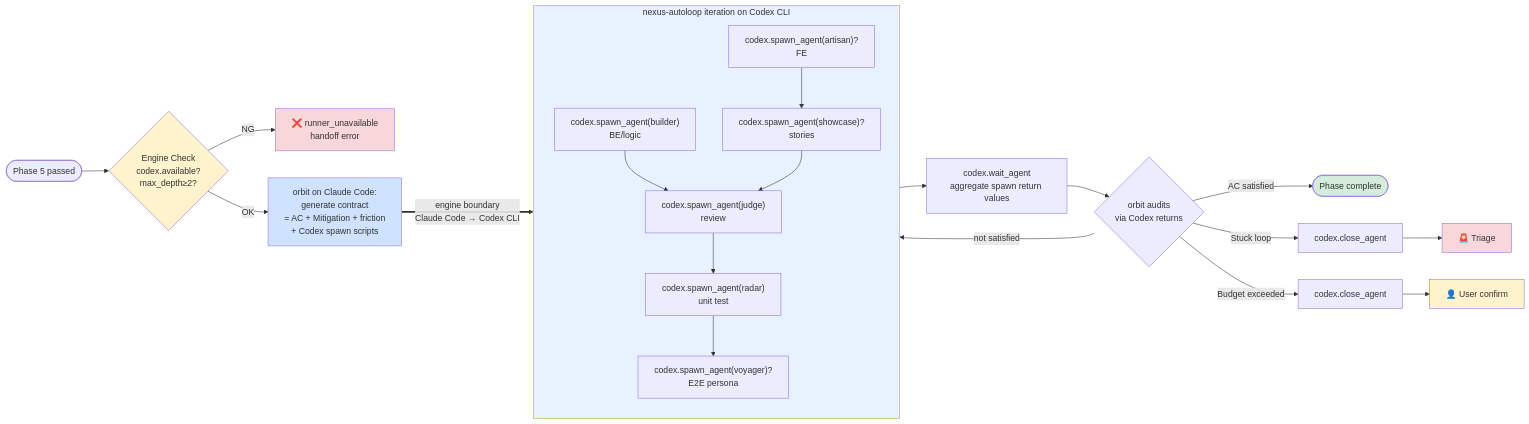
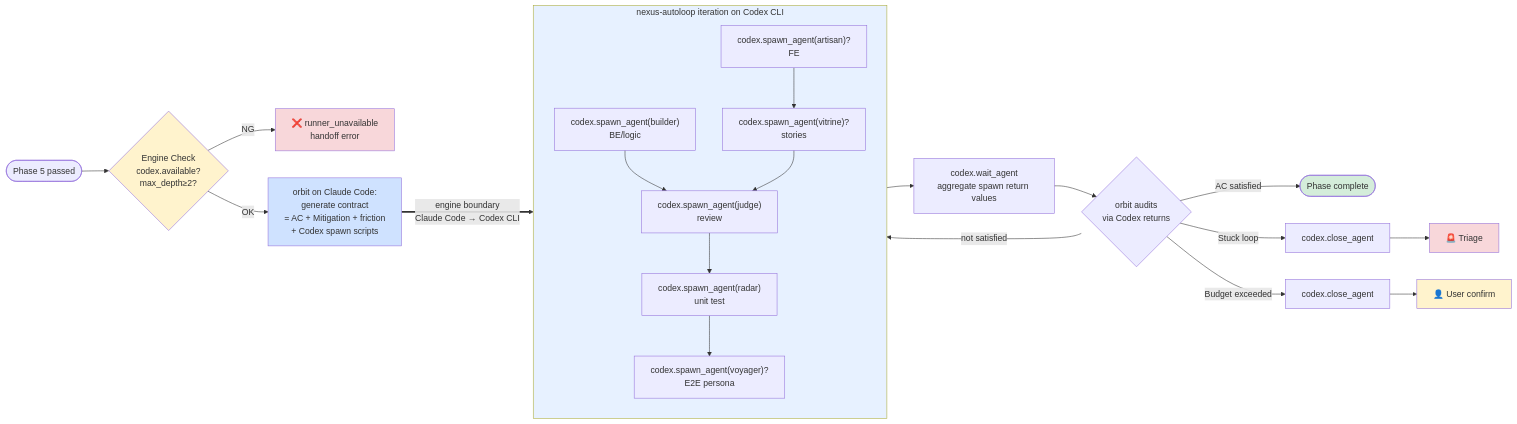
One commit to simota/agent-skills changed the eighth of 14 diagrams in nexus/reference/apex-walkthrough.md. Above: the diagram before and after it, drawn with Mermaid. The commit also changed other lines of this file and 9 other files, not shown here.

````diff
--- a/nexus/reference/apex-walkthrough.md
+++ b/nexus/reference/apex-walkthrough.md
@@ -393,41 +393,41 @@
 ```mermaid
 flowchart LR
     START([Phase 5 passed]) --> CHECK
     CHECK{Engine Check<br/>codex.available?<br/>max_depth≥2?}
     CHECK -->|NG| FAIL[❌ runner_unavailable<br/>handoff error]
     CHECK -->|OK| ORBIT
     ORBIT[orbit on Claude Code:<br/>generate contract<br/>= AC + Mitigation + friction<br/>+ Codex spawn scripts]
     ORBIT ==>|engine boundary<br/>Claude Code → Codex CLI| LOOP
 
     subgraph LOOP[nexus-autoloop iteration on Codex CLI]
         direction TB
         BU["codex.spawn_agent(builder)<br/>BE/logic"]
         AR["codex.spawn_agent(artisan)?<br/>FE"]
-        SH["codex.spawn_agent(showcase)?<br/>stories"]
+        SH["codex.spawn_agent(vitrine)?<br/>stories"]
         JU["codex.spawn_agent(judge)<br/>review"]
         RA["codex.spawn_agent(radar)<br/>unit test"]
         VO["codex.spawn_agent(voyager)?<br/>E2E persona"]
         BU --> JU
         AR --> SH
         SH --> JU
         JU --> RA
         RA --> VO
     end
 
     LOOP --> WAIT[codex.wait_agent<br/>aggregate spawn return values]
     WAIT --> AUDIT{orbit audits<br/>via Codex returns}
     AUDIT -->|AC satisfied| EXIT([Phase complete])
     AUDIT -->|not satisfied| LOOP
     AUDIT -->|Stuck loop| CLOSE1[codex.close_agent]
     AUDIT -->|Budget exceeded| CLOSE2[codex.close_agent]
     CLOSE1 --> TRIAGE[🚨 Triage]
     CLOSE2 --> HUMAN[👤 User confirm]
 
     style CHECK fill:#fff3cd
     style FAIL fill:#f8d7da
     style ORBIT fill:#cfe2ff
     style LOOP fill:#e7f1ff
     style EXIT fill:#d4edda
     style TRIAGE fill:#f8d7da
     style HUMAN fill:#fff3cd
 ```
````
